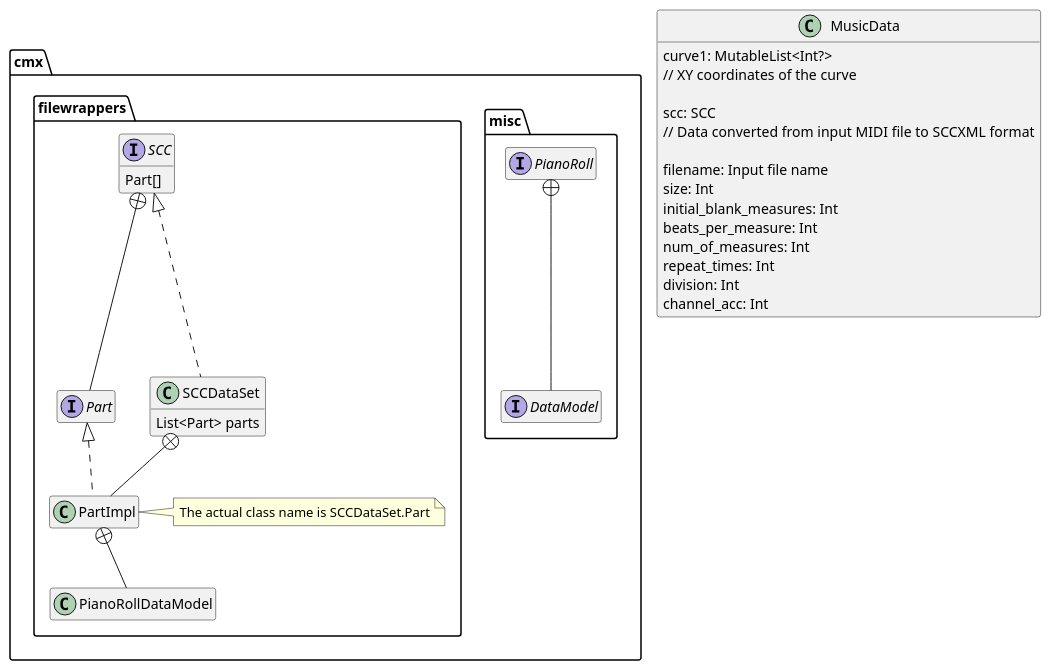
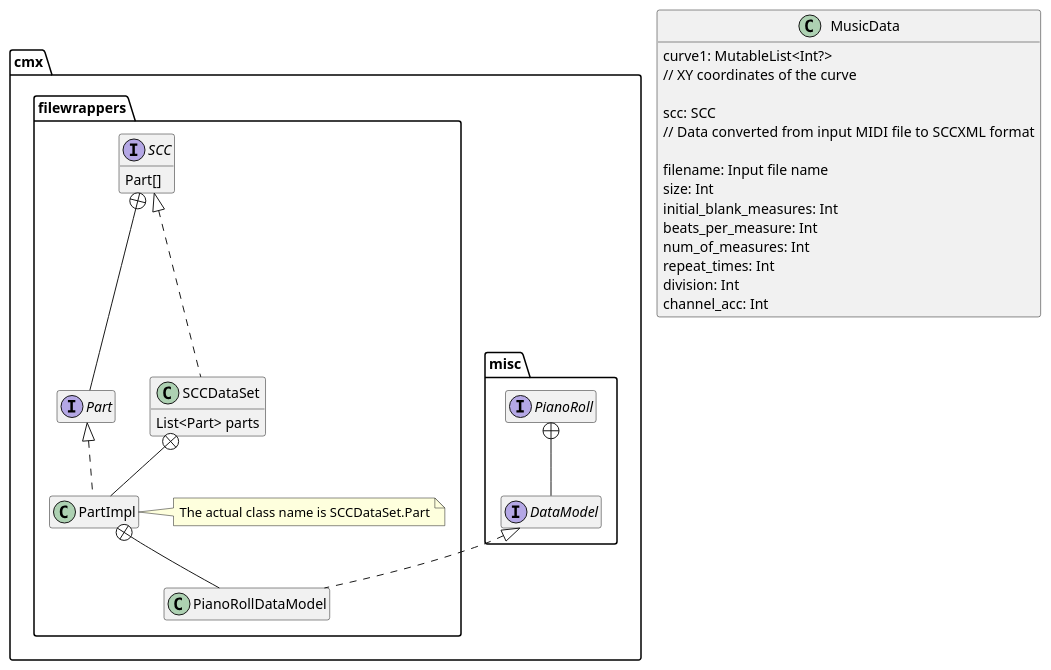
One commit to fujiij/plantuml changed the diagram in diagrams/test3.puml. Above: the diagram before and after it, drawn with PlantUML.

```diff
--- a/diagrams/test3.puml
+++ b/diagrams/test3.puml
@@ -1,47 +1,46 @@
 @startuml
 'https://plantuml.com/class-diagram
 hide empty members
 
 class MusicData {
     curve1: MutableList<Int?>
     // XY coordinates of the curve
 
     scc: SCC
     // Data converted from input MIDI file to SCCXML format
 
     filename: Input file name
     size: Int
     initial_blank_measures: Int
     beats_per_measure: Int
     num_of_measures: Int
     repeat_times: Int
     division: Int
     channel_acc: Int
 }
 
 package "cmx.misc" {
     interface PianoRoll {
     }
     interface DataModel
     PianoRoll +-- DataModel
 }
 package "cmx.filewrappers" {
     interface SCC {
         Part[]
     }
     interface Part
     SCC +-- Part
     class SCCDataSet implements SCC {
         List<Part> parts
     }
     class PartImpl implements Part
     SCCDataSet +-- PartImpl
     note right of PartImpl
         The actual class name is SCCDataSet.Part
     end note
-
-    class PianoRollDataModel implements cmx.misc.PianoRoll.DataModel
-    PartImpl +-- PianoRollDataModel
 }
+class cmx.filewrappers.PianoRollDataModel implements cmx.misc.DataModel
+PartImpl +-- PianoRollDataModel
 
 @enduml
```
